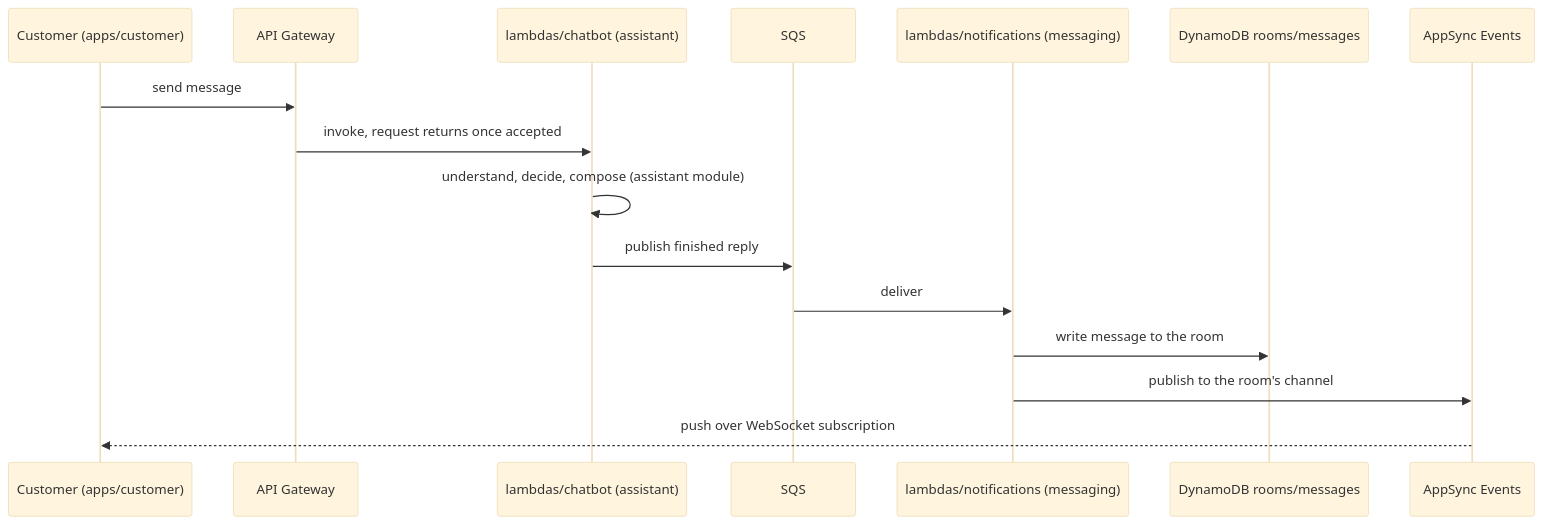
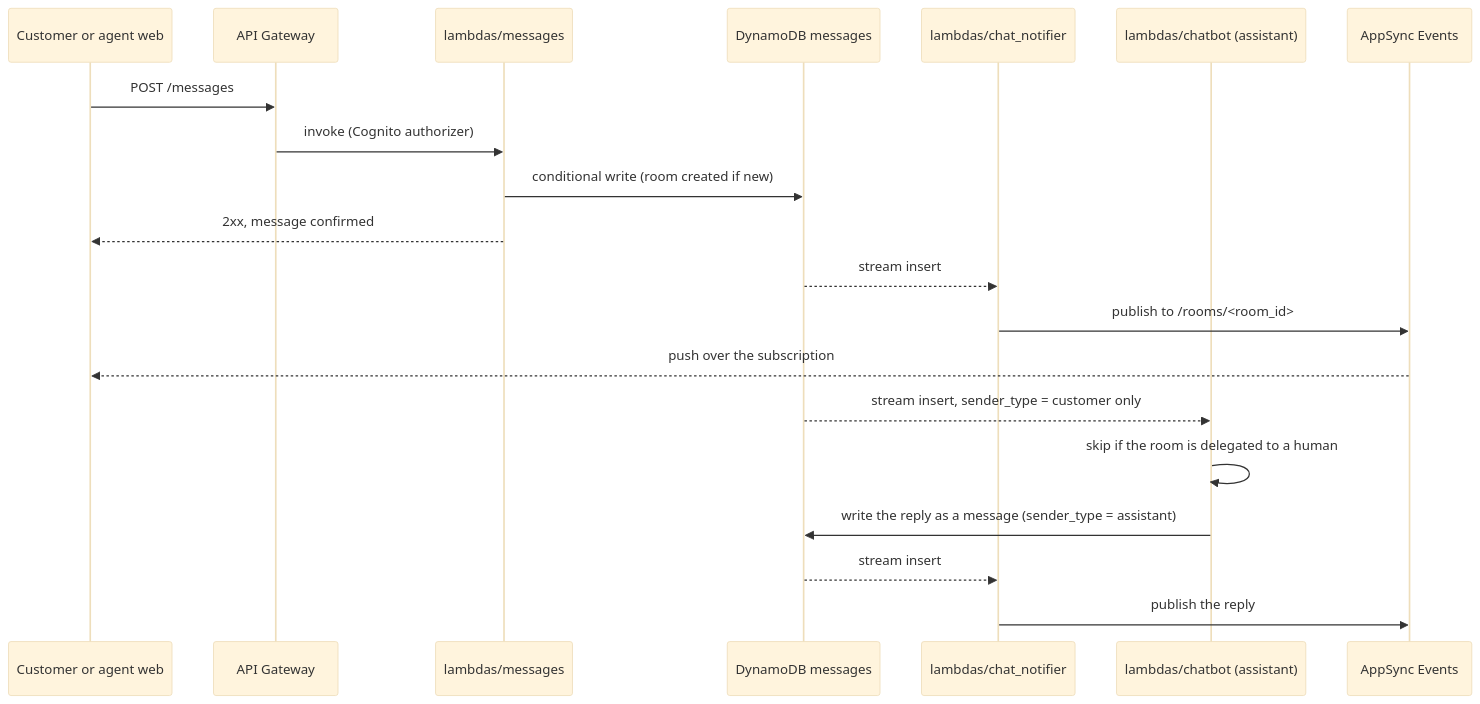
The diagram in docs/modules/messaging/flows.md (Team-ACGS/factored-hackathon-2026-acgs), drawn with Mermaid (base theme) before and after one commit. The commit also changed other lines of this file and 27 other files, not shown here.

First line of the commit message:
chore(infra): chat flow on the messages stream

````diff
--- a/docs/modules/messaging/flows.md
+++ b/docs/modules/messaging/flows.md
@@ -15,19 +15,23 @@
 ```mermaid
 sequenceDiagram
-    participant C as Customer (apps/customer)
+    participant C as Customer or agent web
     participant GW as API Gateway
+    participant M as lambdas/messages
+    participant DDB as DynamoDB messages
+    participant N as lambdas/chat_notifier
     participant Bot as lambdas/chatbot (assistant)
-    participant Q as SQS
-    participant N as lambdas/notifications (messaging)
-    participant DDB as DynamoDB rooms/messages
     participant Evt as AppSync Events
 
-    C->>GW: send message
-    GW->>Bot: invoke, request returns once accepted
-    Bot->>Bot: understand, decide, compose (assistant module)
-    Bot->>Q: publish finished reply
-    Q->>N: deliver
-    N->>DDB: write message to the room
-    N->>Evt: publish to the room's channel
-    Evt-->>C: push over WebSocket subscription
+    C->>GW: POST /messages
+    GW->>M: invoke (Cognito authorizer)
+    M->>DDB: conditional write (room created if new)
+    M-->>C: 2xx, message confirmed
+    DDB-->>N: stream insert
+    N->>Evt: publish to /rooms/<room_id>
+    Evt-->>C: push over the subscription
+    DDB-->>Bot: stream insert, sender_type = customer only
+    Bot->>Bot: skip if the room is delegated to a human
+    Bot->>DDB: write the reply as a message (sender_type = assistant)
+    DDB-->>N: stream insert
+    N->>Evt: publish the reply
 ```
````
